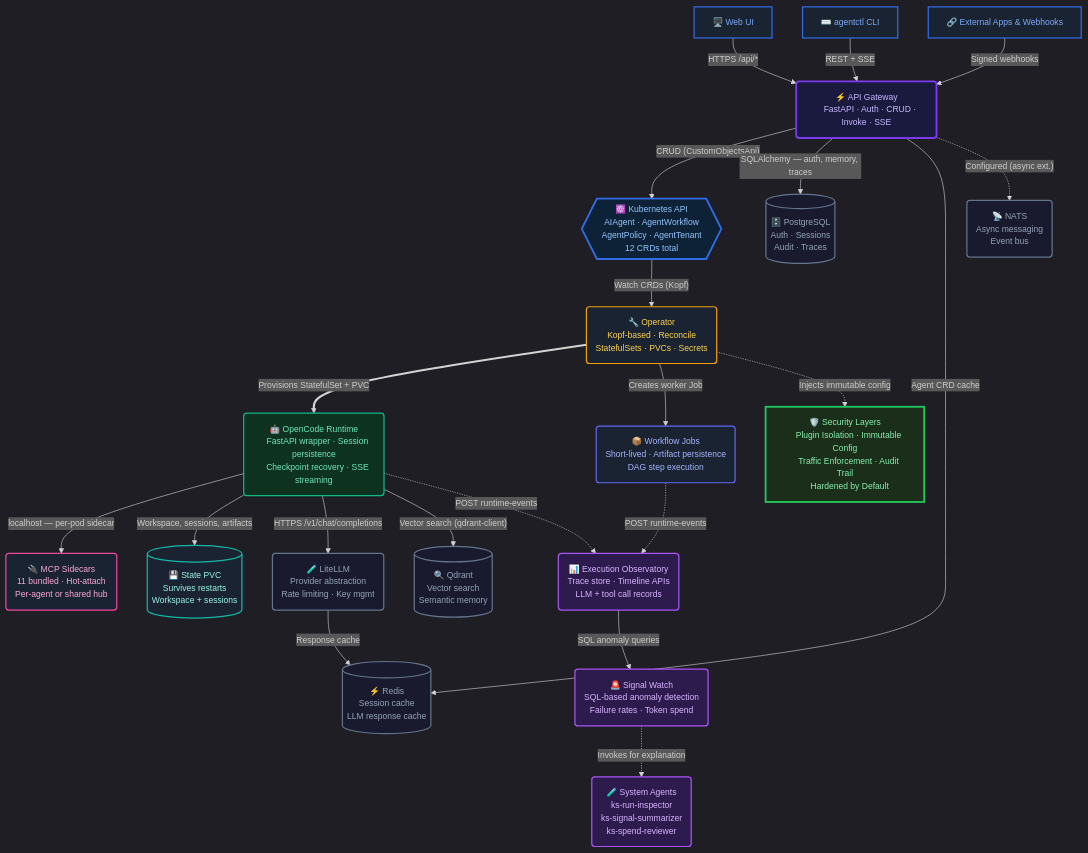
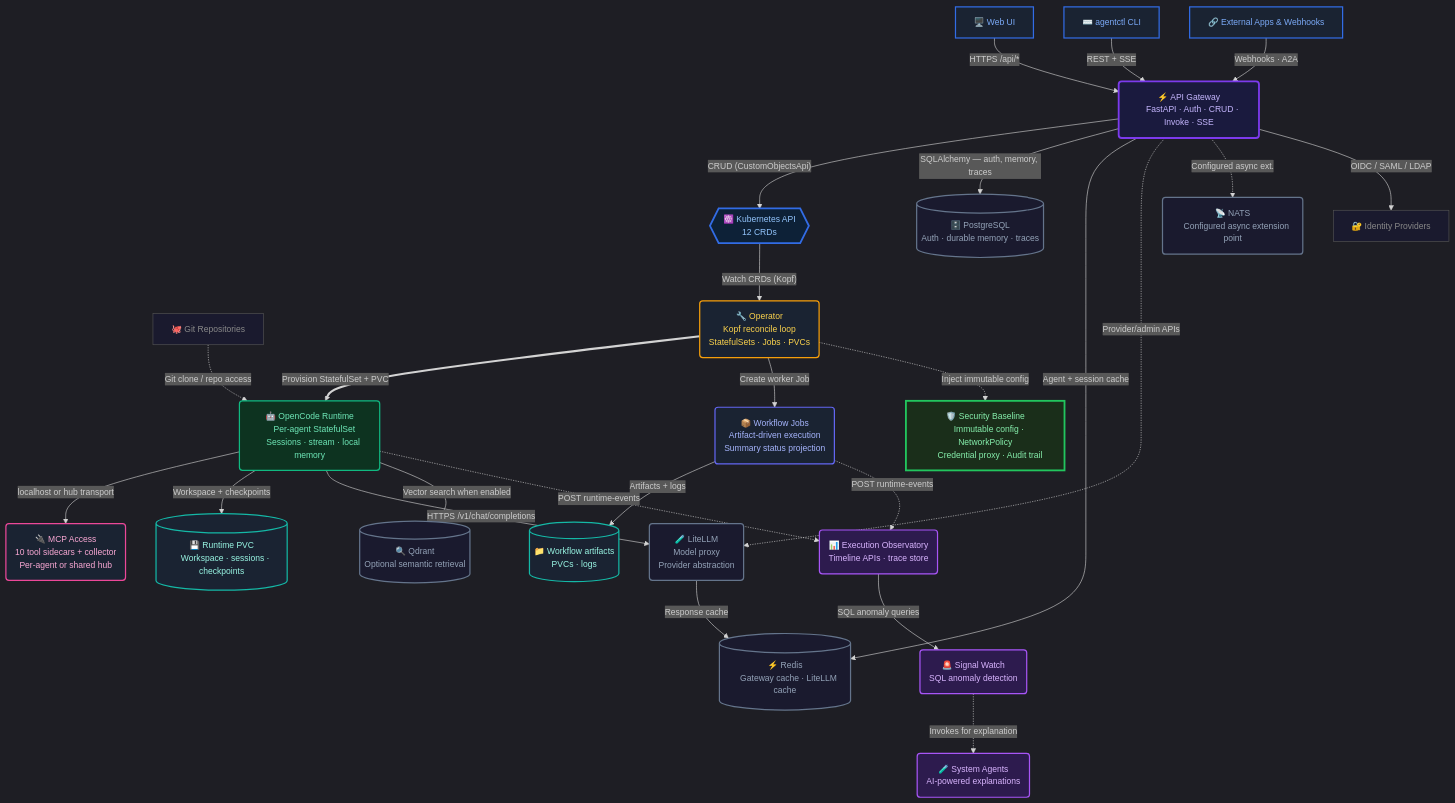
One commit to ykbytes/kubesynapse.ai changed the diagram in docs/architecture-overview.md. Above: the diagram before and after it, drawn with Mermaid. The commit also changed other lines of this file and 86 other files, not shown here.

```diff
--- a/docs/architecture-overview.md
+++ b/docs/architecture-overview.md
@@ -24,93 +24,90 @@
     UI["🖥️ Web UI"]:::client
     CLI["⌨️ agentctl CLI"]:::client
     EXT["🔗 External Apps & Webhooks"]:::client
+    GH["🐙 Git Repositories"]:::external
+    IDP["🔐 Identity Providers"]:::external
 
     GW("⚡ API Gateway
     FastAPI · Auth · CRUD · Invoke · SSE"):::gateway
 
     K8S{{"☸️ Kubernetes API
-    AIAgent · AgentWorkflow
-    AgentPolicy · AgentTenant
-    12 CRDs total"}}:::k8s
+    12 CRDs"}}:::k8s
 
     OP("🔧 Operator
-    Kopf-based · Reconcile
-    StatefulSets · PVCs · Secrets"):::operator
+    Kopf reconcile loop
+    StatefulSets · Jobs · PVCs"):::operator
 
-    SEC["🛡️ Security Layers
-    Plugin Isolation · Immutable Config
-    Traffic Enforcement · Audit Trail
-    Hardened by Default"]:::security
+    SEC["🛡️ Security Baseline
+    Immutable config · NetworkPolicy
+    Credential proxy · Audit trail"]:::security
 
     OC("🤖 OpenCode Runtime
-    FastAPI wrapper · Session persistence
-    Checkpoint recovery · SSE streaming"):::runtime
+    Per-agent StatefulSet
+    Sessions · stream · local memory"):::runtime
 
     JOB("📦 Workflow Jobs
-    Short-lived · Artifact persistence
-    DAG step execution"):::worker
+    Artifact-driven execution
+    Summary status projection"):::worker
 
-    MCP("🔌 MCP Sidecars
-    11 bundled · Hot-attach
+    MCP("🔌 MCP Access
+    10 tool sidecars + collector
     Per-agent or shared hub"):::sidecar
 
-    PVC[("💾 State PVC
-    Survives restarts
-    Workspace + sessions")]:::storage
+    PVC[("💾 Runtime PVC
+    Workspace · sessions · checkpoints")]:::storage
+
+    ART[("📁 Workflow artifacts
+    PVCs · logs")]:::storage
 
     LLM("🧪 LiteLLM
-    Provider abstraction
-    Rate limiting · Key mgmt"):::shared
+    Model proxy
+    Provider abstraction"):::shared
 
     PG[("🗄️ PostgreSQL
-    Auth · Sessions
-    Audit · Traces")]:::shared
+    Auth · durable memory · traces")]:::shared
 
     REDIS[("⚡ Redis
-    Session cache
-    LLM response cache")]:::shared
+    Gateway cache · LiteLLM cache")]:::shared
 
     QDRANT[("🔍 Qdrant
-    Vector search
-    Semantic memory")]:::shared
+    Optional semantic retrieval")]:::shared
 
     NATS("📡 NATS
-    Async messaging
-    Event bus"):::shared
+    Configured async extension point"):::shared
 
     TRACE("📊 Execution Observatory
-    Trace store · Timeline APIs
-    LLM + tool call records"):::intel
+    Timeline APIs · trace store"):::intel
 
     SIGNAL("🚨 Signal Watch
-    SQL-based anomaly detection
-    Failure rates · Token spend"):::intel
+    SQL anomaly detection"):::intel
 
     SYS("🧪 System Agents
-    ks-run-inspector
-    ks-signal-summarizer
-    ks-spend-reviewer"):::intel
+    AI-powered explanations"):::intel
 
     UI -->|"HTTPS /api/*"| GW
     CLI -->|"REST + SSE"| GW
-    EXT -->|"Signed webhooks"| GW
+    EXT -->|"Webhooks · A2A"| GW
+    GH -.->|"Git clone / repo access"| OC
 
     GW -->|"CRUD (CustomObjectsApi)"| K8S
     GW -->|"SQLAlchemy — auth, memory, traces"| PG
-    GW -->|"Agent CRD cache"| REDIS
-    GW -.->|"Configured (async ext.)"| NATS
+    GW -->|"Agent + session cache"| REDIS
+    GW -.->|"Provider/admin APIs"| LLM
+    GW -.->|"Configured async ext."| NATS
+    GW -->|"OIDC / SAML / LDAP"| IDP
 
     K8S -->|"Watch CRDs (Kopf)"| OP
 
-    OP ==>|"Provisions StatefulSet + PVC"| OC
-    OP -->|"Creates worker Job"| JOB
-    OP -.->|"Injects immutable config"| SEC
+    OP ==>|"Provision StatefulSet + PVC"| OC
+    OP -->|"Create worker Job"| JOB
+    OP -.->|"Inject immutable config"| SEC
 
-    OC -->|"localhost — per-pod sidecar"| MCP
-    OC -->|"Workspace, sessions, artifacts"| PVC
+    OC -->|"localhost or hub transport"| MCP
+    OC -->|"Workspace + checkpoints"| PVC
     OC -->|"HTTPS /v1/chat/completions"| LLM
-    OC -->|"Vector search (qdrant-client)"| QDRANT
+    OC -->|"Vector search when enabled"| QDRANT
 
+    JOB -->|"Artifacts + logs"| ART
     LLM -->|"Response cache"| REDIS
 
     OC -.->|"POST runtime-events"| TRACE
@@ -120,6 +117,7 @@
     SIGNAL -.->|"Invokes for explanation"| SYS
 
     classDef client fill:#1a2332,stroke:#326CE5,stroke-width:2px,color:#7baaf7
+    classDef external fill:#1a1a2e,stroke:#555,stroke-width:1px,color:#888
     classDef gateway fill:#1a1a3e,stroke:#7c3aed,stroke-width:3px,color:#c4b5fd
     classDef k8s fill:#0d2137,stroke:#326CE5,stroke-width:3px,color:#93c5fd
     classDef operator fill:#1a2332,stroke:#f59e0b,stroke-width:2px,color:#fcd34d
```
